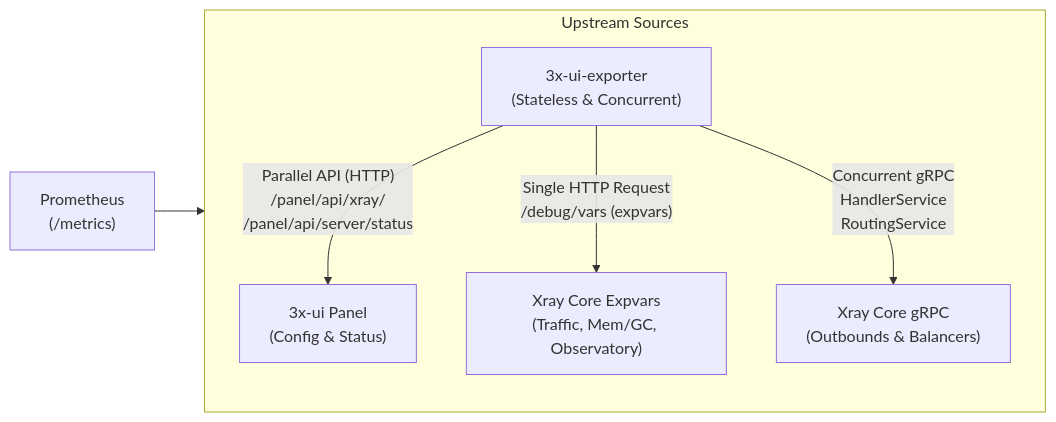
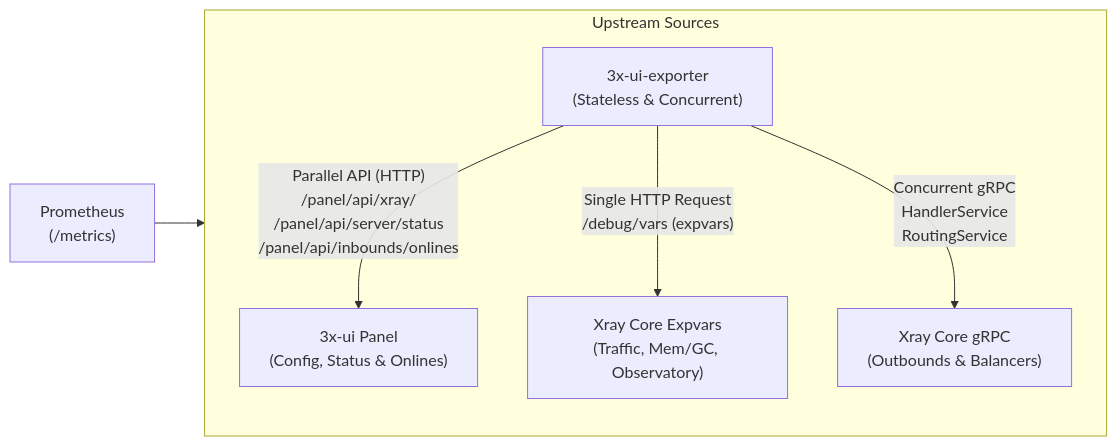
One commit to nike38rus/3x-ui-exporter changed the diagram in README.md. Above: the diagram before and after it, drawn with Mermaid. The commit also changed other lines of this file and 4 other files, not shown here.

````diff
--- a/README.md
+++ b/README.md
@@ -74,11 +74,11 @@
 ```mermaid
 flowchart LR
     Prom["Prometheus\n(/metrics)"] --> Exp["3x-ui-exporter\n(Stateless & Concurrent)"]
 
     subgraph "Upstream Sources"
         direction TB
-        Exp -->|"Parallel API (HTTP)\n/panel/api/xray/\n/panel/api/server/status"| Panel["3x-ui Panel\n(Config & Status)"]
+        Exp -->|"Parallel API (HTTP)\n/panel/api/xray/\n/panel/api/server/status\n/panel/api/inbounds/onlines"| Panel["3x-ui Panel\n(Config, Status & Onlines)"]
         Exp -->|"Single HTTP Request\n/debug/vars (expvars)"| Expvars["Xray Core Expvars\n(Traffic, Mem/GC, Observatory)"]
         Exp -->|"Concurrent gRPC\nHandlerService\nRoutingService"| Core["Xray Core gRPC\n(Outbounds & Balancers)"]
     end
 ```
````
